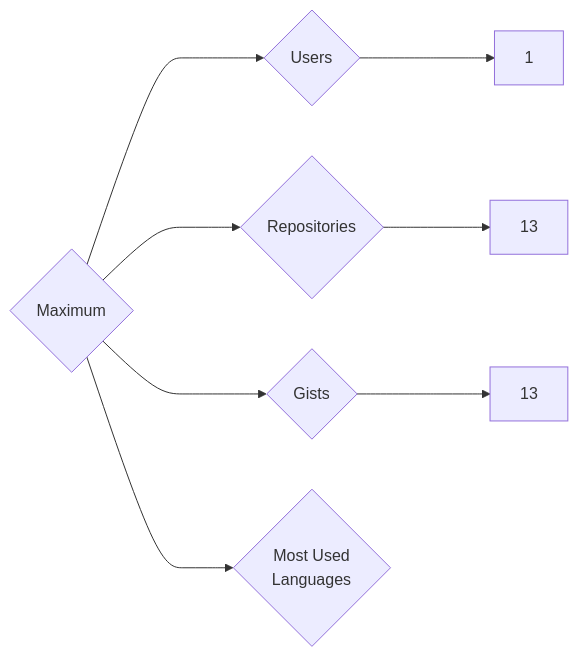
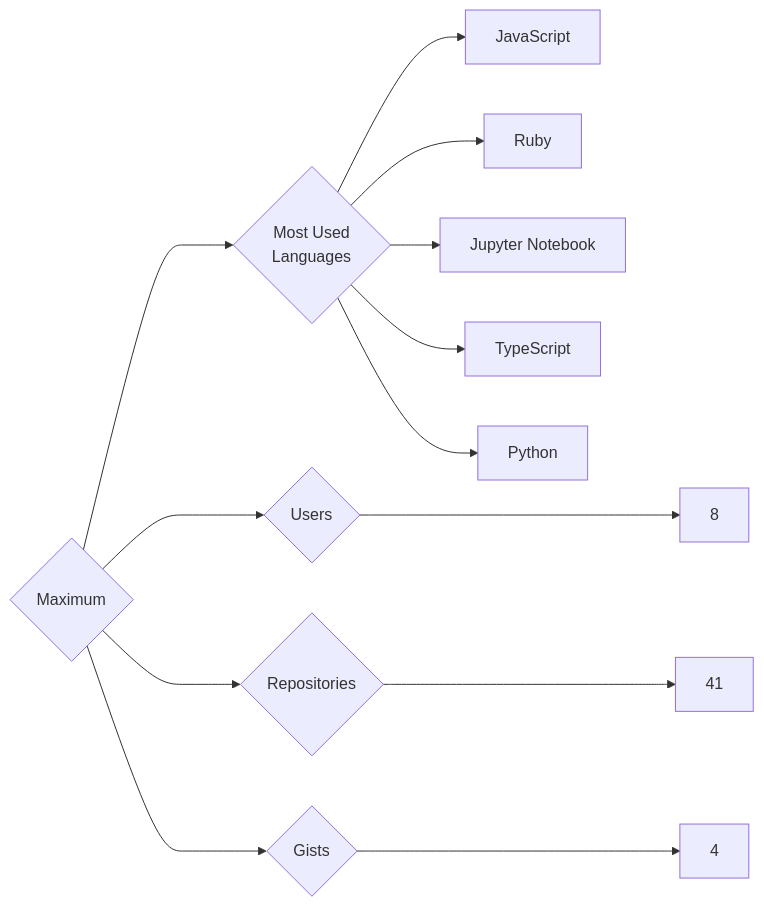
The diagram in targets/Maximum/README.md (trickest/insiders), drawn with Mermaid before and after one commit. The commit also changed 1696 other files, not shown here.

````diff
--- a/targets/Maximum/README.md
+++ b/targets/Maximum/README.md
@@ -3,8 +3,13 @@
 ```mermaid
 graph LR
 COMPANY_NAME{Maximum}
-COMPANY_NAME ---> U{Users} ---> UN[1]
-COMPANY_NAME ---> R{Repositories} ---> RN[13]
-COMPANY_NAME ---> G{Gists} ---> GN[13]
+COMPANY_NAME ---> U{Users} ---> UN[8]
+COMPANY_NAME ---> R{Repositories} ---> RN[41]
+COMPANY_NAME ---> G{Gists} ---> GN[4]
 COMPANY_NAME ---> ML{Most Used<br>Languages}
+ML --> JavaScript[JavaScript]
+ML --> Ruby[Ruby]
+ML --> Jupyter_Notebook[Jupyter Notebook]
+ML --> TypeScript[TypeScript]
+ML --> Python[Python]
 ```
````
